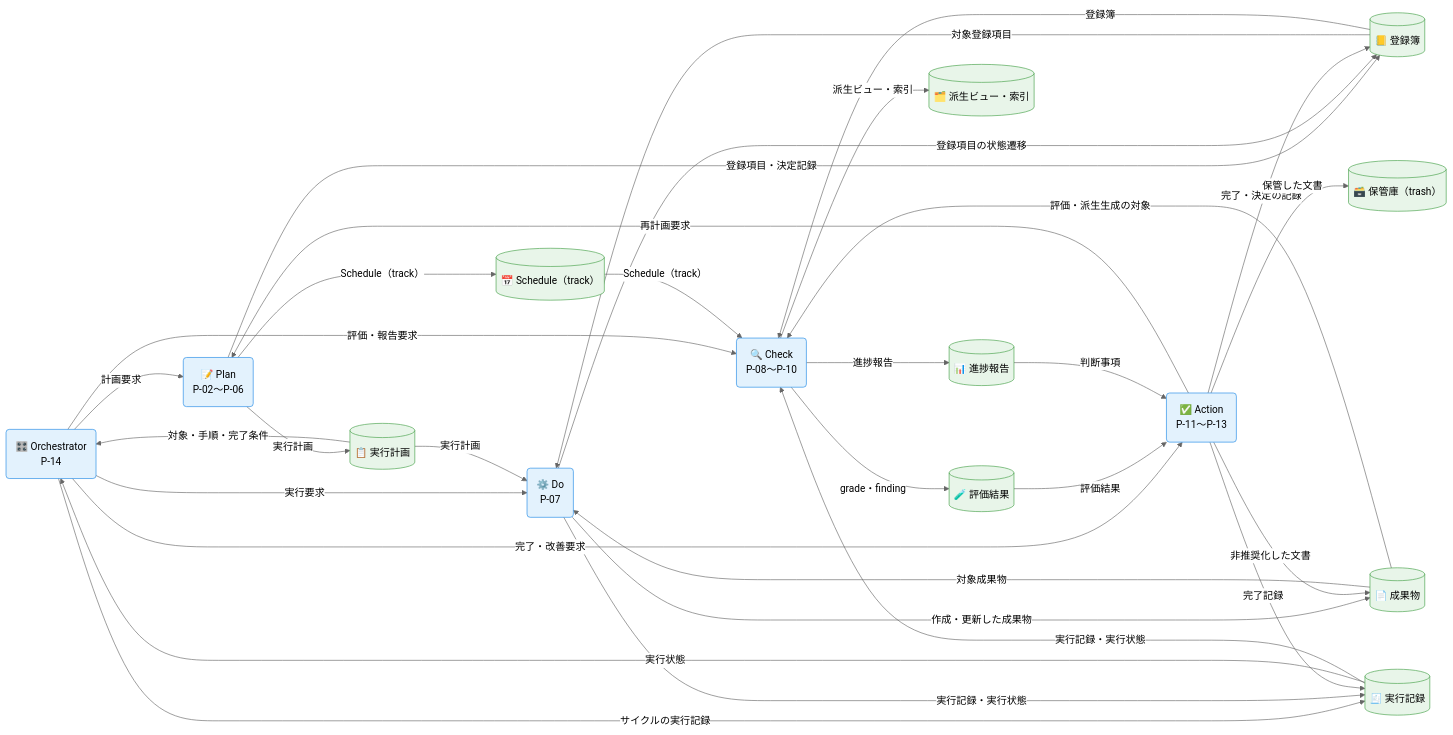
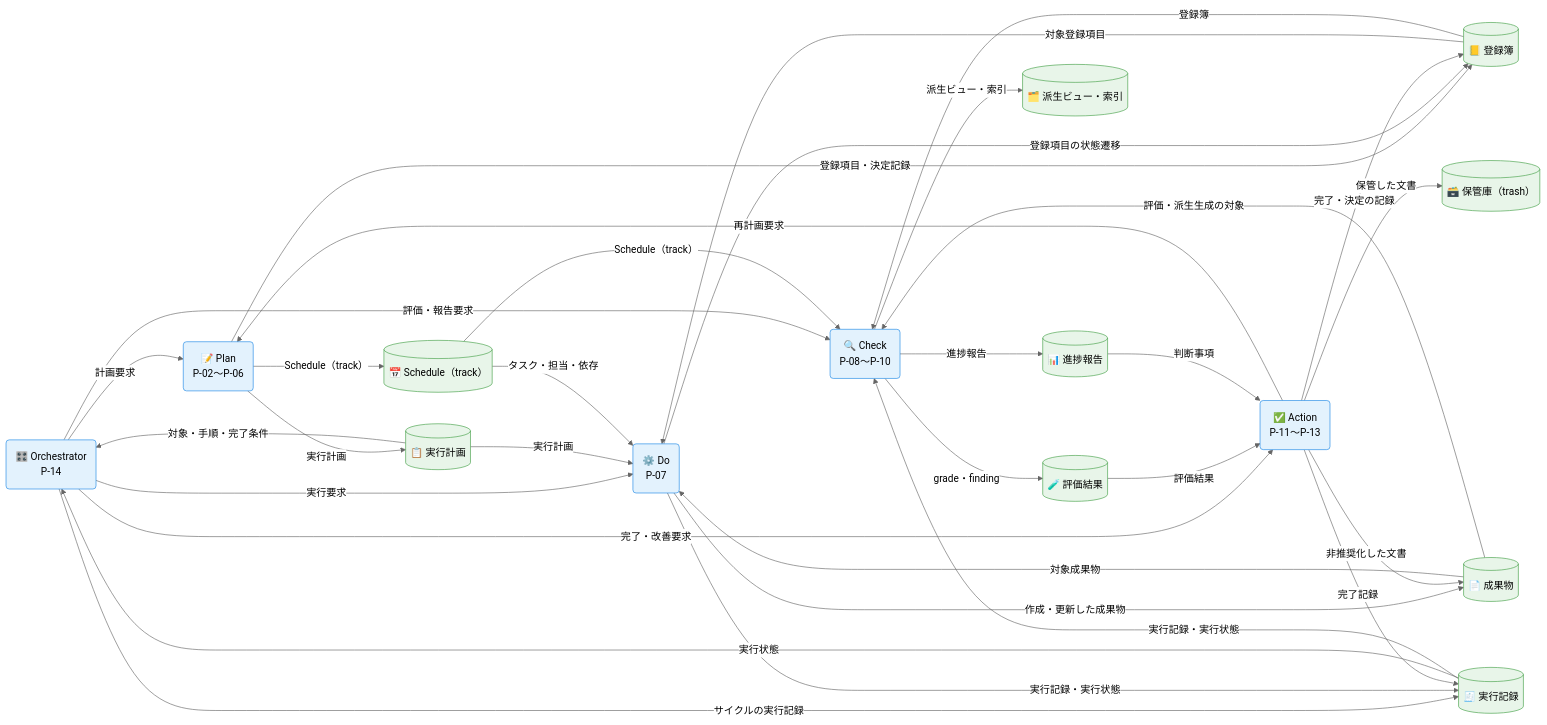
One commit to specdojo/specdojo changed the first of 3 diagrams in docs/ja/product/010-business-specs/010-data-flow/cdfd-overview.md. Above: the diagram before and after it, drawn with Mermaid (neutral theme). The commit also changed other lines of this file, not shown here.

First line of the commit message:
docs(cdfd): Do の Schedule 参照を補い track が状態を持たない旨を正す

````diff
--- a/docs/ja/product/010-business-specs/010-data-flow/cdfd-overview.md
+++ b/docs/ja/product/010-business-specs/010-data-flow/cdfd-overview.md
@@ -164,60 +164,61 @@
 ```mermaid
 flowchart LR
   classDef process fill:#e3f2fd,stroke:#1e88e5,color:#000
   classDef storeTransaction fill:#e8f5e9,stroke:#43a047,color:#000
 
   Orchestrator("🎛️ Orchestrator<br>P-14")
   Plan("📝 Plan<br>P-02〜P-06")
   Register[("📒 登録簿")]
   Schedule[("📅 Schedule（track）")]
   ExecPlan[("📋 実行計画")]
   Do("⚙️ Do<br>P-07")
   Deliverables[("📄 成果物")]
   ExecLog[("🧾 実行記録")]
   Check("🔍 Check<br>P-08〜P-10")
   Grade[("🧪 評価結果")]
   Report[("📊 進捗報告")]
   Derived[("🗂️ 派生ビュー・索引")]
   Action("✅ Action<br>P-11〜P-13")
   Trash[("🗃️ 保管庫（trash）")]
 
   Orchestrator ~~~ Plan ~~~ Do ~~~ Check ~~~ Action
 
   Orchestrator -->|"計画要求"| Plan
   Orchestrator -->|"実行要求"| Do
   Orchestrator -->|"評価・報告要求"| Check
   Orchestrator -->|"完了・改善要求"| Action
   ExecLog -->|"実行状態"| Orchestrator
   Orchestrator -->|"サイクルの実行記録"| ExecLog
   ExecPlan -->|"対象・手順・完了条件"| Orchestrator
 
   Plan -->|"登録項目・決定記録"| Register
   Plan -->|"Schedule（track）"| Schedule
   Plan -->|"実行計画"| ExecPlan
 
   ExecPlan -->|"実行計画"| Do
+  Schedule -->|"タスク・担当・依存"| Do
   Deliverables -->|"対象成果物"| Do
   Register -->|"対象登録項目"| Do
   Do -->|"登録項目の状態遷移"| Register
   Do -->|"作成・更新した成果物"| Deliverables
   Do -->|"実行記録・実行状態"| ExecLog
 
   Deliverables -->|"評価・派生生成の対象"| Check
   Schedule -->|"Schedule（track）"| Check
   Register -->|"登録簿"| Check
   ExecLog -->|"実行記録・実行状態"| Check
   Check -->|"grade・finding"| Grade
   Check -->|"進捗報告"| Report
   Check -->|"派生ビュー・索引"| Derived
 
   Grade -->|"評価結果"| Action
   Report -->|"判断事項"| Action
   Action -->|"完了・決定の記録"| Register
   Action -->|"完了記録"| ExecLog
   Action -->|"非推奨化した文書"| Deliverables
   Action -->|"保管した文書"| Trash
   Action -->|"再計画要求"| Plan
 
   class Orchestrator,Plan,Do,Check,Action process
   class Register,Schedule,ExecPlan,ExecLog,Deliverables,Grade,Report,Derived,Trash storeTransaction
 ```
````
